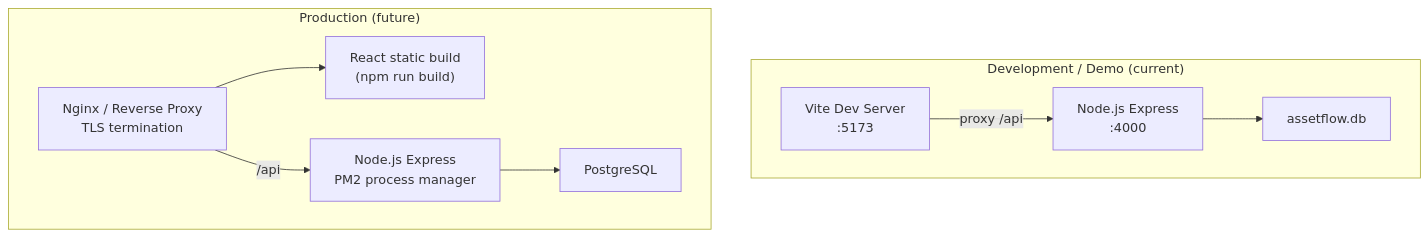
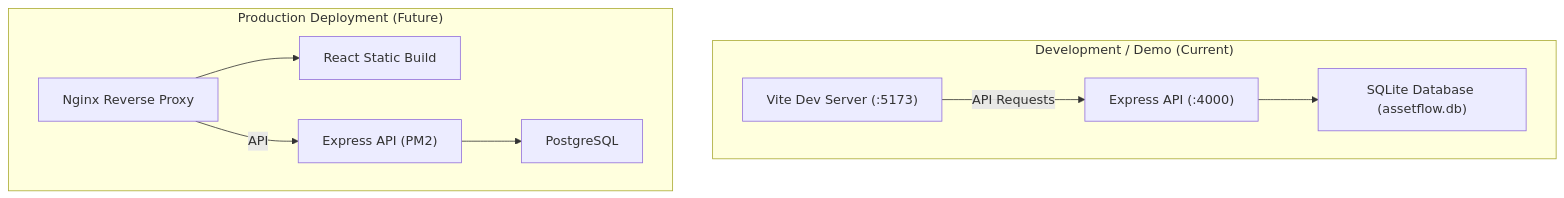
Diagram 16 of 16 in ARCHITECTURE.md (pranavpanchal1326/AssetFlow), drawn with Mermaid before and after one commit.

Commit message:
docs(architecture): improve GitHub Mermaid diagram compatibility

````diff
--- a/ARCHITECTURE.md
+++ b/ARCHITECTURE.md
@@ -1035,20 +1035,23 @@
 ```mermaid
 graph TB
-    subgraph Local["Development / Demo (current)"]
-        ViteDev["Vite Dev Server<br/>:5173"]
-        NodeDev["Node.js Express<br/>:4000"]
-        SQLiteFile["assetflow.db"]
-        ViteDev -->|"proxy /api"| NodeDev
-        NodeDev --> SQLiteFile
-    end
 
-    subgraph Prod["Production (future)"]
-        Nginx["Nginx / Reverse Proxy<br/>TLS termination"]
-        StaticBuild["React static build<br/>(npm run build)"]
-        NodeProd["Node.js Express<br/>PM2 process manager"]
-        PG["PostgreSQL"]
-        Nginx --> StaticBuild
-        Nginx -->|"/api"| NodeProd
-        NodeProd --> PG
-    end
+subgraph Local["Development / Demo (Current)"]
+    Vite["Vite Dev Server (:5173)"]
+    Express["Express API (:4000)"]
+    DB["SQLite Database (assetflow.db)"]
+
+    Vite -->|API Requests| Express
+    Express --> DB
+end
+
+subgraph Production["Production Deployment (Future)"]
+    Nginx["Nginx Reverse Proxy"]
+    Frontend["React Static Build"]
+    Backend["Express API (PM2)"]
+    Postgres["PostgreSQL"]
+
+    Nginx --> Frontend
+    Nginx -->|API| Backend
+    Backend --> Postgres
+end
 ```
````
